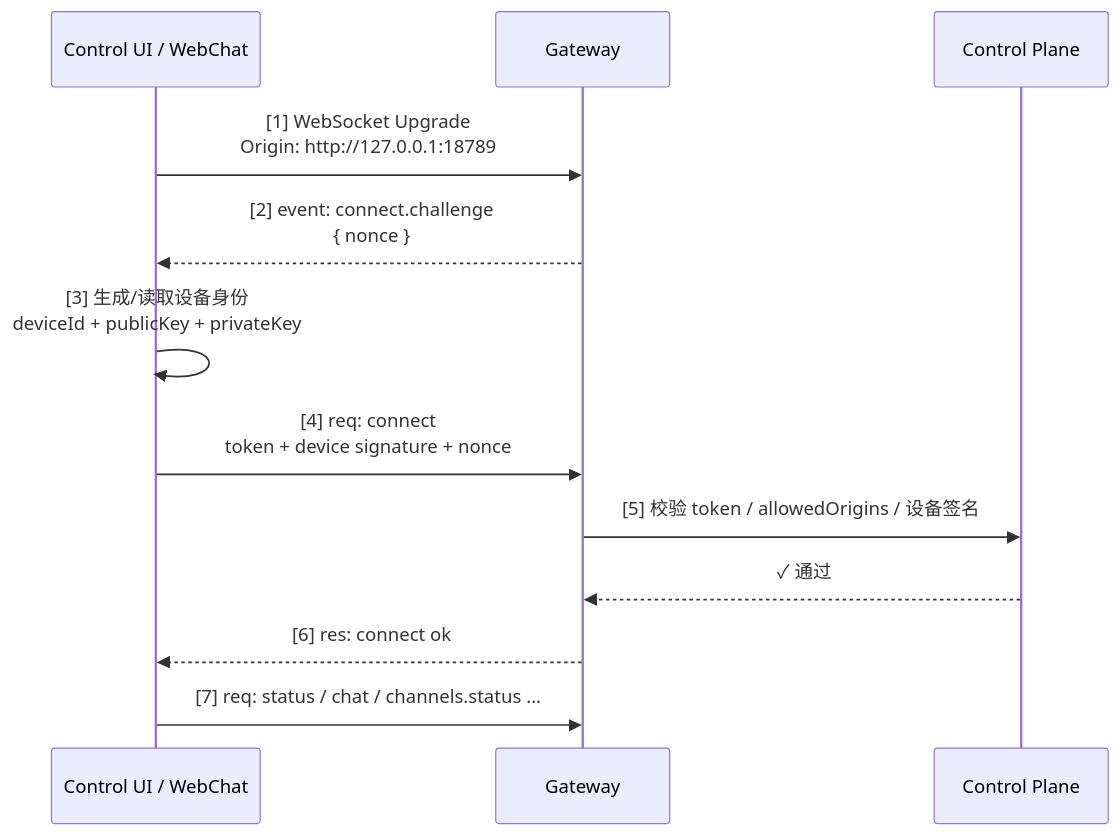
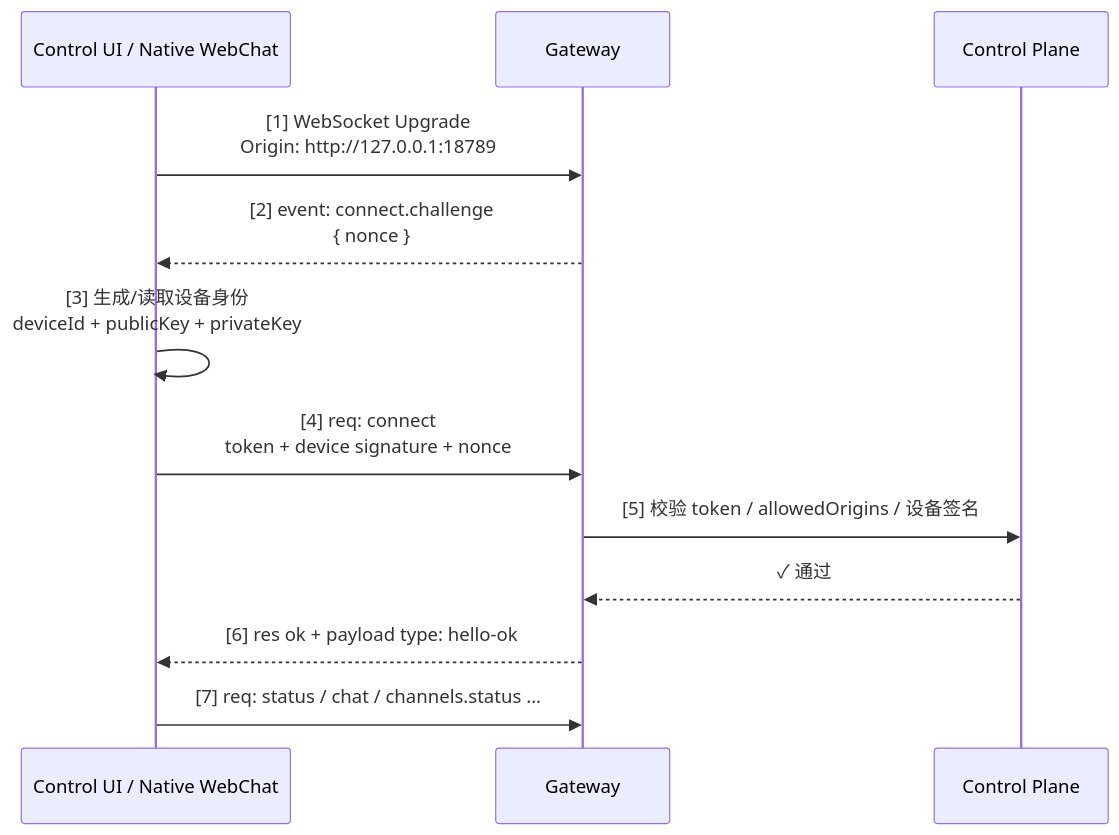
The diagram in 09_gateway_protocol/9.3_ws_handshake.md (yeasy/openclaw_guide), drawn with Mermaid before and after one commit. The commit also changed other lines of this file and 89 other files, not shown here.

````diff
--- a/09_gateway_protocol/9.3_ws_handshake.md
+++ b/09_gateway_protocol/9.3_ws_handshake.md
@@ -17,15 +17,15 @@
 ```mermaid
 sequenceDiagram
-    participant UI as Control UI / WebChat
+    participant UI as Control UI / Native WebChat
     participant Gateway as Gateway
     participant Control as Control Plane
 
     UI->>Gateway: [1] WebSocket Upgrade<br/>Origin: http://127.0.0.1:18789
     Gateway-->>UI: [2] event: connect.challenge<br/>{ nonce }
     UI->>UI: [3] 生成/读取设备身份<br/>deviceId + publicKey + privateKey
     UI->>Gateway: [4] req: connect<br/>token + device signature + nonce
     Gateway->>Control: [5] 校验 token / allowedOrigins / 设备签名
     Control-->>Gateway: ✓ 通过
-    Gateway-->>UI: [6] res: connect ok
+    Gateway-->>UI: [6] res ok + payload type: hello-ok
     UI->>Gateway: [7] req: status / chat / channels.status ...
 ```
````
